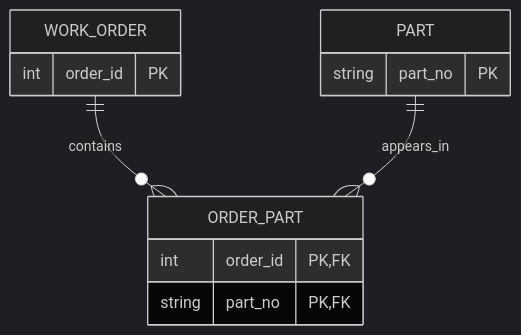
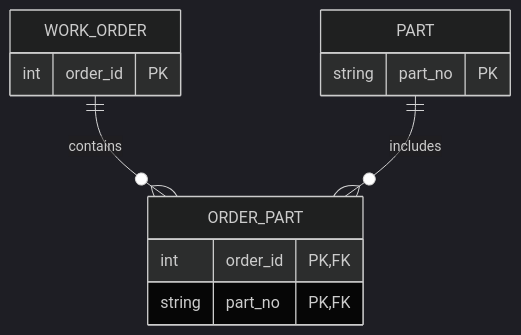
The second of 2 diagrams in Module02/study-log.md (mahmoudhussein21/databases-portfolio), drawn with Mermaid (dark theme) before and after one commit. The commit also changed other lines of this file and 2 other files, not shown here.

````diff
--- a/Module02/study-log.md
+++ b/Module02/study-log.md
@@ -74,15 +77,15 @@
 ```mermaid
 erDiagram
     WORK_ORDER ||--o{ ORDER_PART : contains
-    PART ||--o{ ORDER_PART : appears_in
+    PART ||--o{ ORDER_PART : includes
     WORK_ORDER {
         int order_id PK
     }
     PART {
         string part_no PK
     }
     ORDER_PART {
         int order_id PK,FK
         string part_no PK,FK
     }
 ```
````
